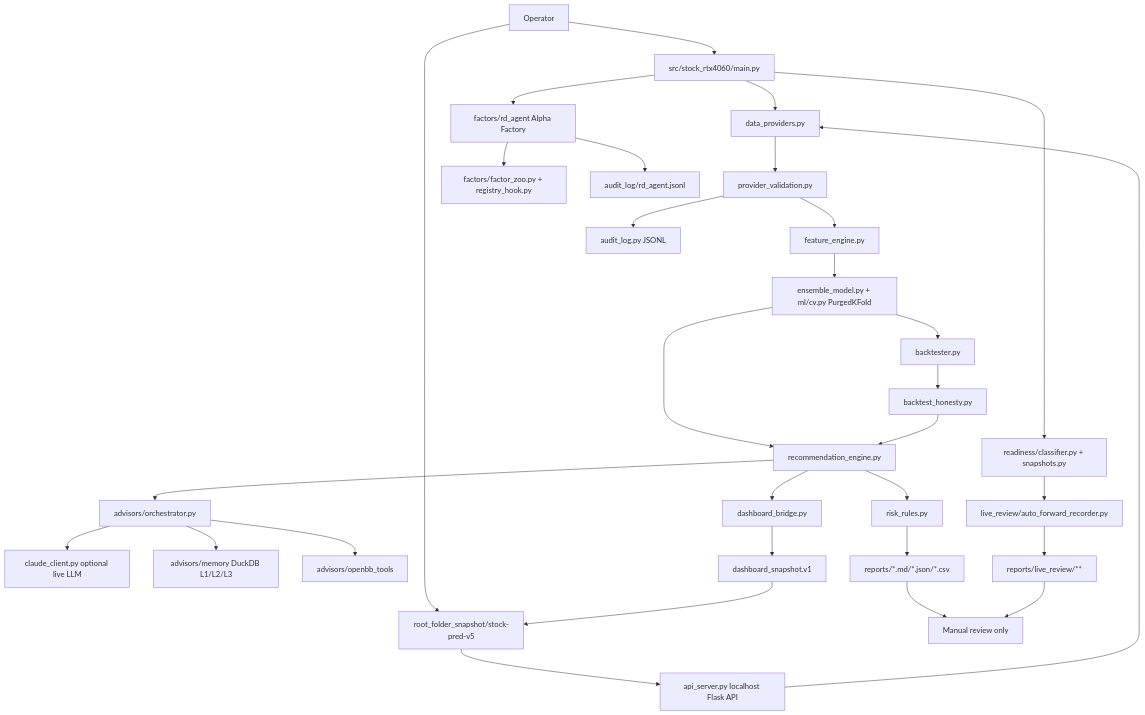
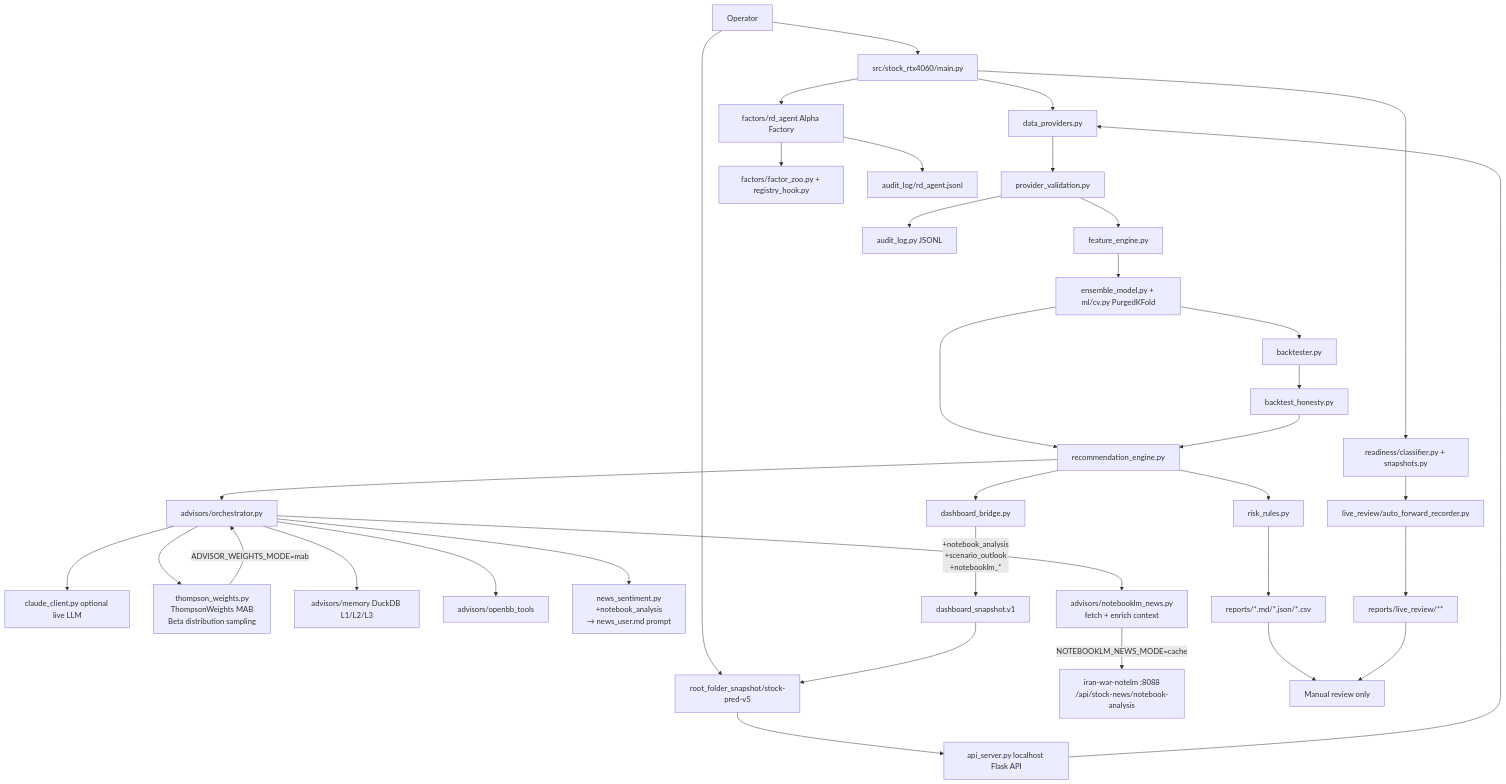
The fifth of 23 diagrams in docs/SYSTEM_ARCHITECTURE.md (macho715/stock_hermes), drawn with Mermaid before and after one commit. The commit also changed other lines of this file and 36 other files, not shown here.

First line of the commit message:
feat: Executive Dashboard v2.1 + NotebookLM News Intelligence + Thompson Sampling MAB

````diff
--- a/docs/SYSTEM_ARCHITECTURE.md
+++ b/docs/SYSTEM_ARCHITECTURE.md
@@ -60,33 +135,38 @@
 ```mermaid
 flowchart TD
     Operator[Operator] --> CLI[src/stock_rtx4060/main.py]
     Operator --> UI[root_folder_snapshot/stock-pred-v5]
     UI --> API[api_server.py localhost Flask API]
     CLI --> Provider[data_providers.py]
     API --> Provider
     Provider --> Validation[provider_validation.py]
     Validation --> Features[feature_engine.py]
     Features --> Model[ensemble_model.py + ml/cv.py PurgedKFold]
     Model --> Backtest[backtester.py]
     Backtest --> Honesty[backtest_honesty.py]
     Model --> Recommend[recommendation_engine.py]
     Honesty --> Recommend
     Recommend --> Risk[risk_rules.py]
     Recommend --> Advisor[advisors/orchestrator.py]
     Advisor --> LLM[claude_client.py optional live LLM]
+    Advisor --> MAB["thompson_weights.py\nThompsonWeights MAB\nBeta distribution sampling"]
+    MAB -->|ADVISOR_WEIGHTS_MODE=mab| Advisor
     Advisor --> Memory[advisors/memory DuckDB L1/L2/L3]
     Advisor --> Tools[advisors/openbb_tools]
+    Advisor --> NewsSent["news_sentiment.py\n+notebook_analysis\n→ news_user.md prompt"]
+    Advisor --> NLMAdapt["advisors/notebooklm_news.py\nfetch + enrich context"]
+    NLMAdapt -->|NOTEBOOKLM_NEWS_MODE=cache| NLMApi["iran-war-notelm :8088\n/api/stock-news/notebook-analysis"]
     Recommend --> DashboardBridge[dashboard_bridge.py]
-    DashboardBridge --> Snapshot[dashboard_snapshot.v1]
+    DashboardBridge -->|"+notebook_analysis\n+scenario_outlook\n+notebooklm_*"| Snapshot[dashboard_snapshot.v1]
     Snapshot --> UI
     CLI --> Readiness[readiness/classifier.py + snapshots.py]
     Readiness --> LiveReview[live_review/auto_forward_recorder.py]
     LiveReview --> Evidence[reports/live_review/**]
     CLI --> RDAgent[factors/rd_agent Alpha Factory]
     RDAgent --> FactorRegistry[factors/factor_zoo.py + registry_hook.py]
     RDAgent --> RDAudit[audit_log/rd_agent.jsonl]
     Risk --> Reports[reports/*.md/*.json/*.csv]
     Validation --> Audit[audit_log.py JSONL]
     Reports --> Human[Manual review only]
     Evidence --> Human
 ```
````
